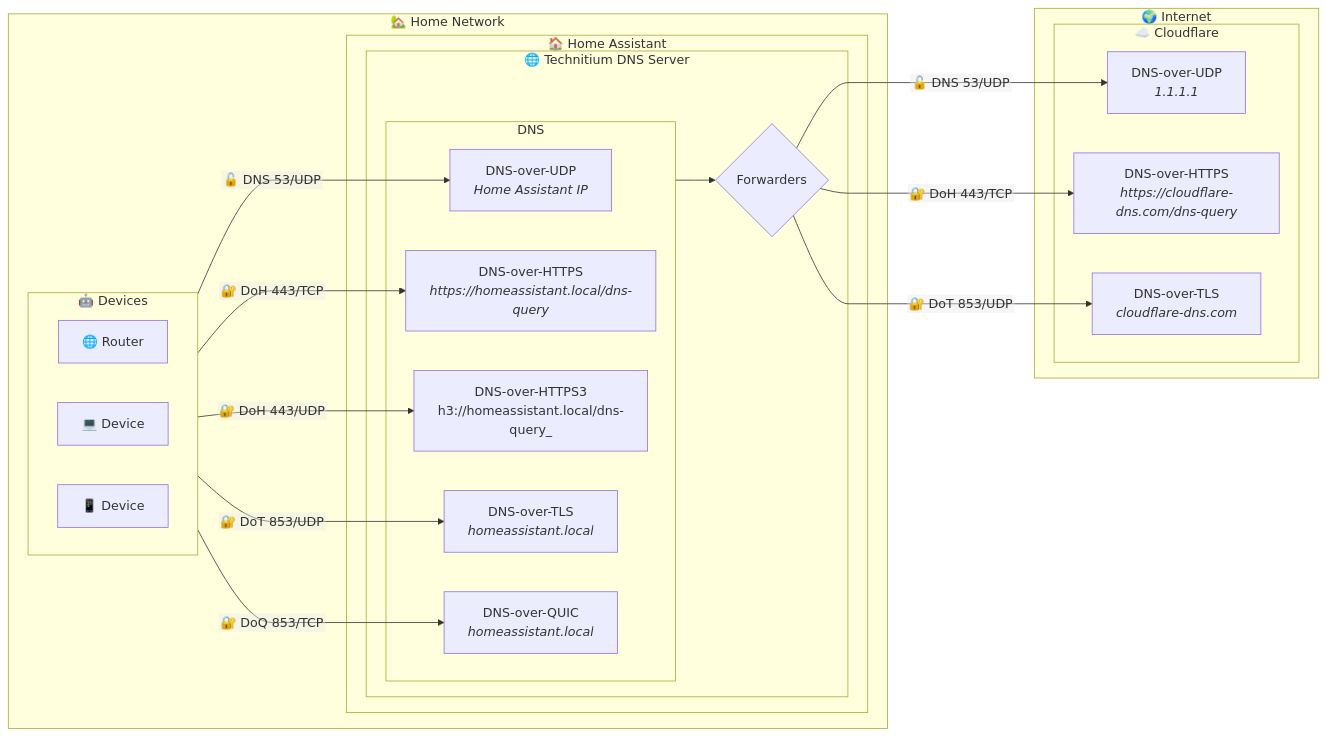
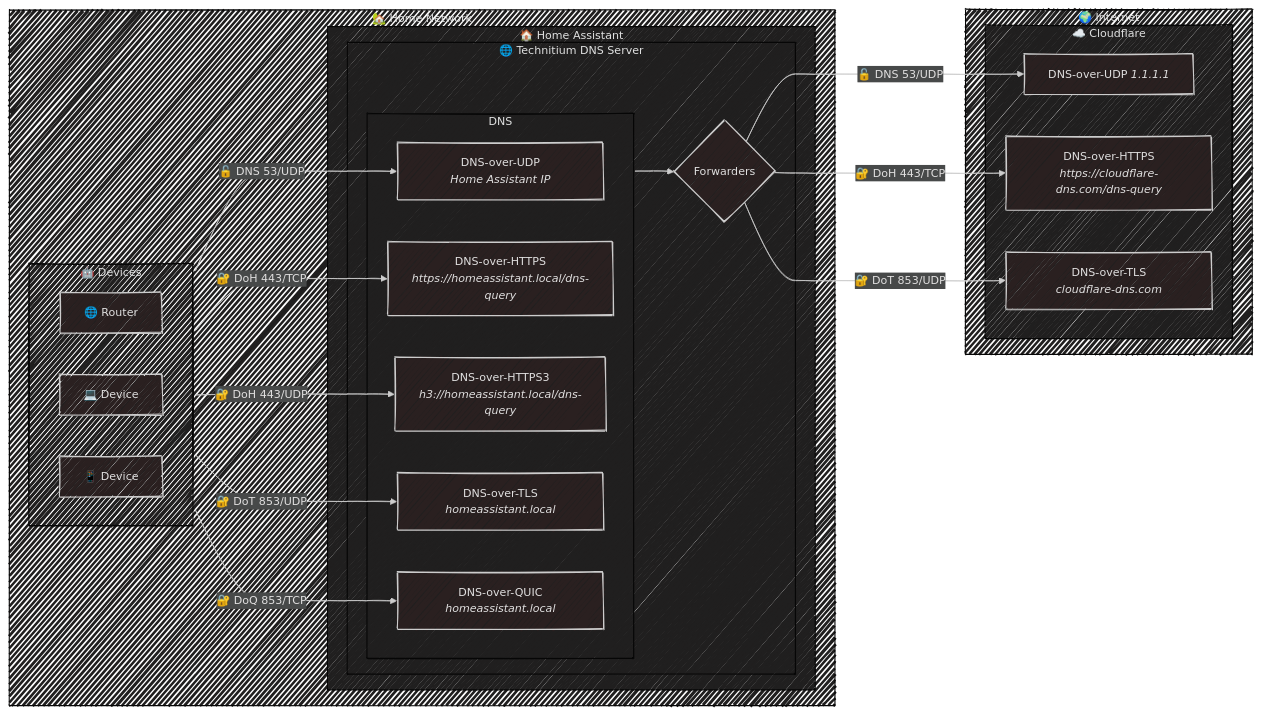
One commit to staerk-ha-addons/addon-technitium-dns changed the diagram in technitium-dns/assets/flowchart-dns.md. Above: the diagram before and after it, drawn with Mermaid. The commit also changed 1 other file, not shown here.

Commit message:
Refactor code structure for improved readability and maintainability

````diff
--- a/technitium-dns/assets/flowchart-dns.md
+++ b/technitium-dns/assets/flowchart-dns.md
@@ -1,57 +1,51 @@
 ```mermaid
 ---
 config:
   flowchart:
     darkMode: true
     useMaxWidth: true
     curve: monotoneX
-    htmlLabels: false
+    htmlLabels: true
+  theme: neo-dark
+  look: handDrawn
 ---
 flowchart LR
-  subgraph Local ["`🏡 Home Network`"]
-    subgraph LAN ["`🤖 Devices`"]
+  subgraph Local ["`🏡&nbsp;Home&nbsp;Network`"]
+    subgraph LAN ["`🤖&nbsp;Devices`"]
       direction LR
-      R["`🌐 Router`"]
-      D["`💻 Device`"]
-      P["`📱 Device`"]
+      R["`🌐&nbsp;Router`"]
+      D["`💻&nbsp;Device`"]
+      P["`📱&nbsp;Device`"]
     end
-    subgraph HA ["`🏠 Home Assistant`"]
-      subgraph AO["`🌐 Technitium DNS Server`"]
+    subgraph HA ["`🏠&nbsp;Home&nbsp;Assistant`"]
+      subgraph AO["`🌐&nbsp;Technitium&nbsp;DNS&nbsp;Server`"]
         subgraph DNS["`DNS`"]
-          DNS53["`DNS-over-UDP
-            _Home Assistant IP_`"]
-          DNSDoH["`DNS-over-HTTPS
-            _https:&sol;&sol;homeassistant.local/dns-query_`"]
-          DNSDoH3["`DNS-over-HTTPS3
-            h3:&sol;&sol;homeassistant.local/dns-query_`"]
-          DNSDoT["`DNS-over-TLS
-            _homeassistant.local_`"]
-          DNSDoQ["`DNS-over-QUIC
-            _homeassistant.local_`"]
+          DNS53["`DNS-over-UDP&NewLine;_Home&nbsp;Assistant&nbsp;IP_`"]
+          DNSDoH["`DNS-over-HTTPS&NewLine;_https&colon;&sol;&sol;homeassistant&period;local&sol;dns-query_`"]
+          DNSDoH3["`DNS-over-HTTPS3&NewLine;_h3&colon;&sol;&sol;homeassistant&period;local&sol;dns-query_`"]
+          DNSDoT["`DNS-over-TLS&NewLine;_homeassistant&period;local_`"]
+          DNSDoQ["`DNS-over-QUIC&NewLine;_homeassistant&period;local_`"]
         end
         F{"`Forwarders`"}
       end
     end
   end
 
-  subgraph WAN ["`🌍 Internet`"]
-    subgraph CF ["`☁️ Cloudflare`"]
-      CFS53["`DNS-over-UDP
-        _1.1.1.1_`"]
-      CFSDoH["`DNS-over-HTTPS
-        _https:&sol;&sol;cloudflare-dns.com/dns-query_`"]
-      CFSDoT["`DNS-over-TLS
-        _cloudflare-dns.com_`"]
+  subgraph WAN ["`🌍&nbsp;Internet`"]
+    subgraph CF ["`☁️&nbsp;Cloudflare`"]
+      CFS53["`DNS-over-UDP&NewLine;_1.1.1.1_`"]
+      CFSDoH["`DNS-over-HTTPS&NewLine;_https&colon;&sol;&sol;cloudflare-dns&period;com&sol;dns-query_`"]
+      CFSDoT["`DNS-over-TLS&NewLine;_cloudflare-dns&period;com_`"]
     end
   end
 
-  LAN --> |"`🔓 DNS 53/UDP`"| DNS53
-  LAN --> |"`🔐 DoH 443/TCP`"| DNSDoH
-  LAN --> |"`🔐 DoH 443/UDP`"| DNSDoH3
-  LAN --> |"`🔐 DoQ 853/TCP`"| DNSDoQ
-  LAN --> |"`🔐 DoT 853/UDP`"| DNSDoT
+  LAN --> |"`🔓&nbsp;DNS&nbsp;53&sol;UDP`"| DNS53
+  LAN --> |"`🔐&nbsp;DoH&nbsp;443&sol;TCP`"| DNSDoH
+  LAN --> |"`🔐&nbsp;DoH&nbsp;443&sol;UDP`"| DNSDoH3
+  LAN --> |"`🔐&nbsp;DoQ&nbsp;853&sol;TCP`"| DNSDoQ
+  LAN --> |"`🔐&nbsp;DoT&nbsp;853&sol;UDP`"| DNSDoT
   DNS --> F
-  F --> |"`🔓 DNS 53/UDP`"| CFS53
-  F --> |"`🔐 DoH 443/TCP`"| CFSDoH
-  F --> |"`🔐 DoT 853/UDP`"| CFSDoT
+  F --> |"`🔓&nbsp;DNS&nbsp;53&sol;UDP`"| CFS53
+  F --> |"`🔐&nbsp;DoH&nbsp;443&sol;TCP`"| CFSDoH
+  F --> |"`🔐&nbsp;DoT&nbsp;853&sol;UDP`"| CFSDoT
 ```
````
